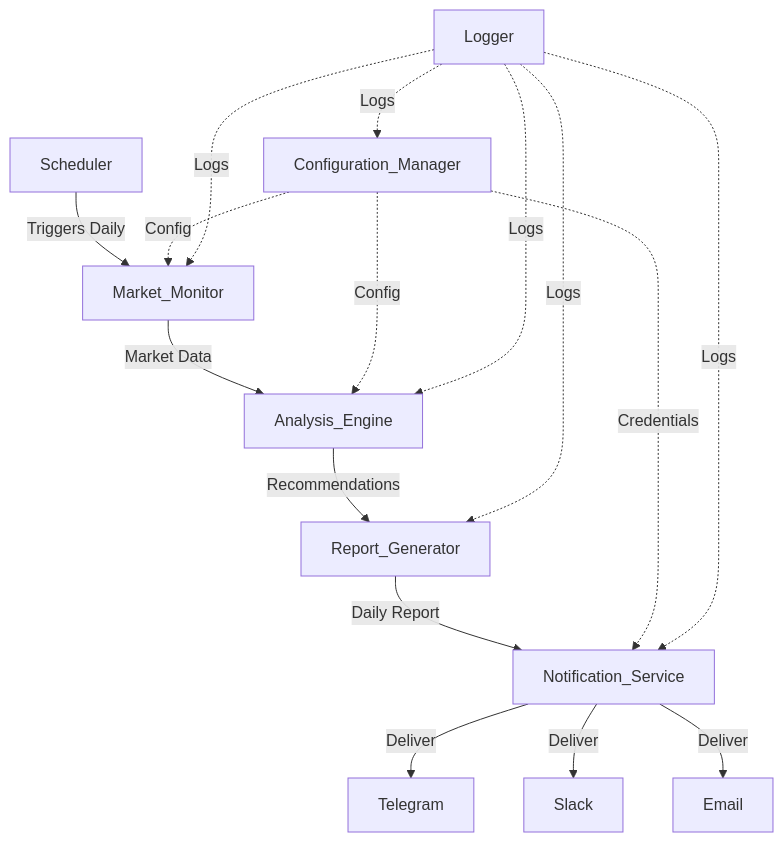
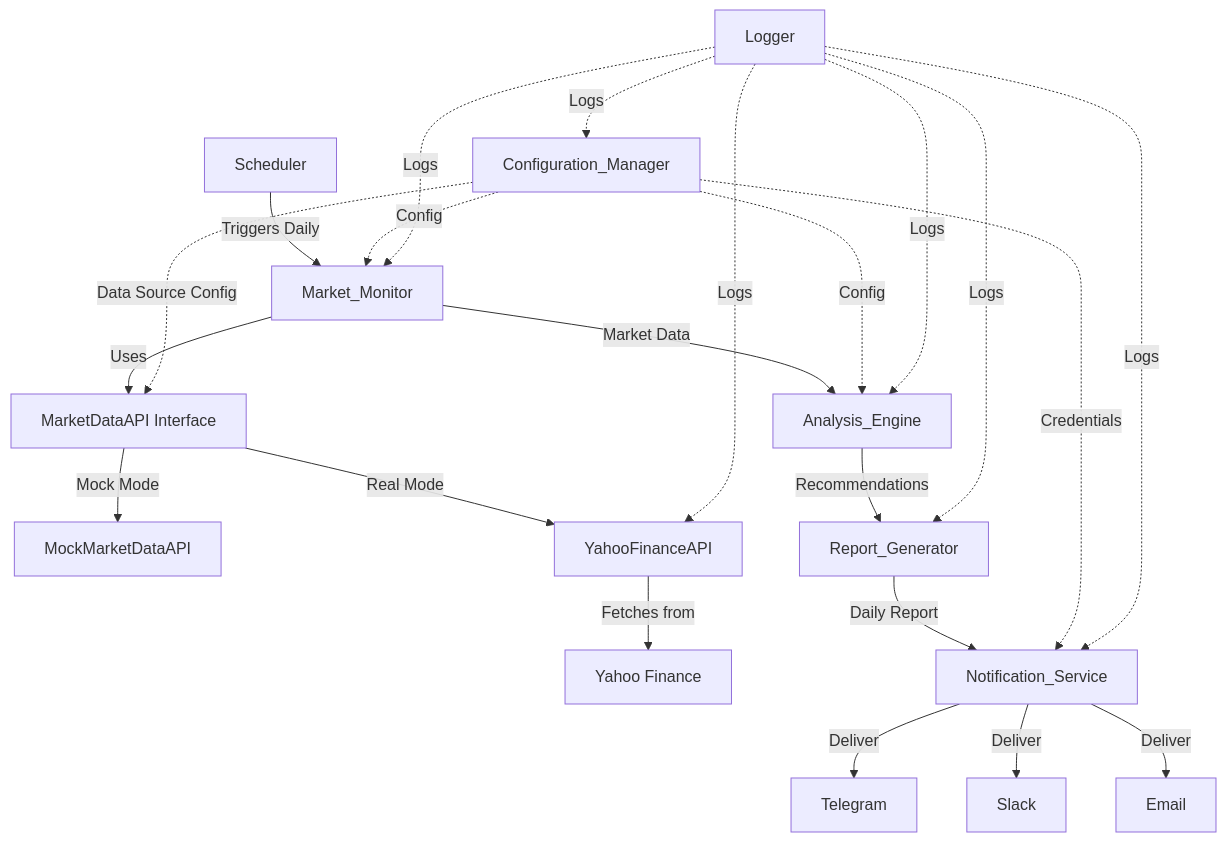
One commit to 713zhao/stockadvisor changed the diagram in .kiro/specs/stock-market-analysis/design.md. Above: the diagram before and after it, drawn with Mermaid. The commit also changed other lines of this file and 15 other files, not shown here.

````diff
--- a/.kiro/specs/stock-market-analysis/design.md
+++ b/.kiro/specs/stock-market-analysis/design.md
@@ -22,18 +22,24 @@
 ```mermaid
 graph TD
     A[Scheduler] -->|Triggers Daily| B[Market_Monitor]
+    B -->|Uses| K[MarketDataAPI Interface]
+    K -->|Mock Mode| L[MockMarketDataAPI]
+    K -->|Real Mode| M[YahooFinanceAPI]
+    M -->|Fetches from| N[Yahoo Finance]
     B -->|Market Data| C[Analysis_Engine]
     C -->|Recommendations| D[Report_Generator]
     D -->|Daily Report| E[Notification_Service]
     E -->|Deliver| F[Telegram]
     E -->|Deliver| G[Slack]
     E -->|Deliver| H[Email]
     I[Configuration_Manager] -.->|Config| B
     I -.->|Config| C
     I -.->|Credentials| E
+    I -.->|Data Source Config| K
     J[Logger] -.->|Logs| B
     J -.->|Logs| C
     J -.->|Logs| D
     J -.->|Logs| E
     J -.->|Logs| I
+    J -.->|Logs| M
 ```
````
